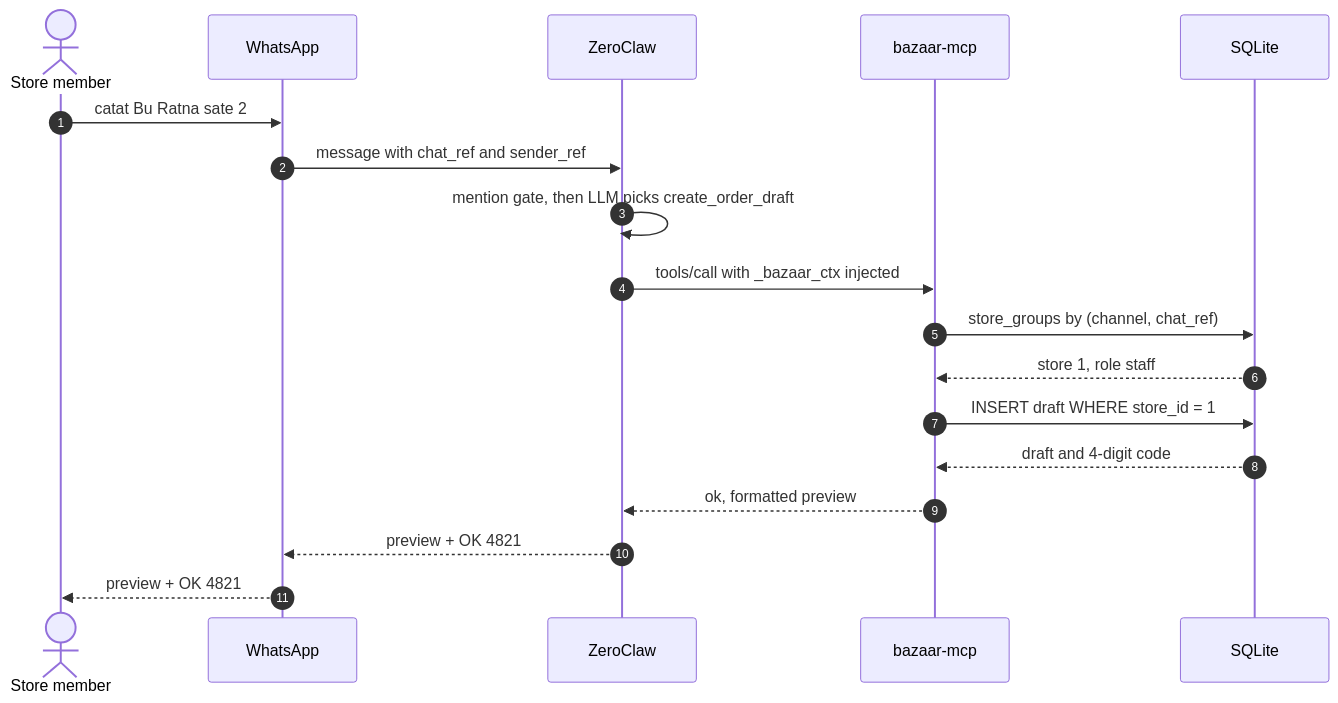
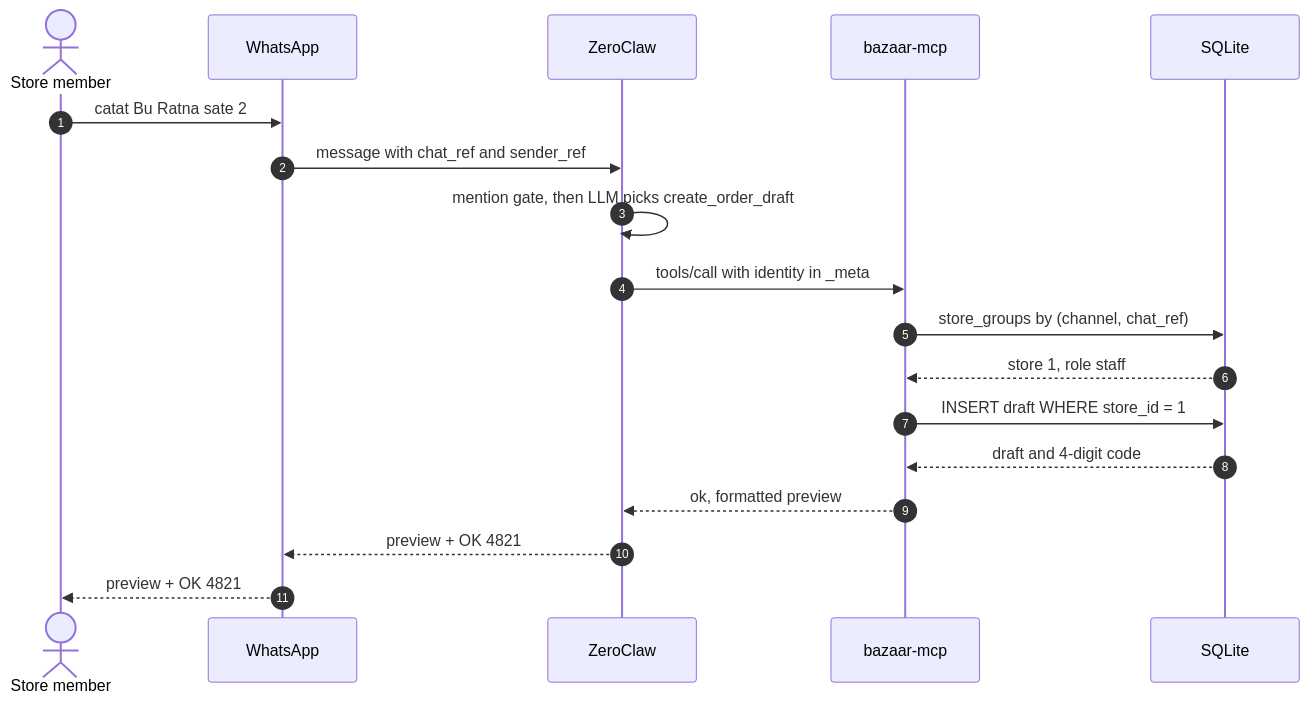
Before and after one commit to danielistyo/mini-bazaar: the third of 3 diagrams in docs/architecture.md, drawn with Mermaid. The commit also changed other lines of this file and 10 other files, not shown here.

First line of the commit message:
feat(mcp): resolve the store from injected context and gate tools by role

````diff
--- a/docs/architecture.md
+++ b/docs/architecture.md
@@ -93,21 +93,21 @@
 ```mermaid
 sequenceDiagram
     autonumber
     actor M as Store member
     participant WA as WhatsApp
     participant ZC as ZeroClaw
     participant BE as bazaar-mcp
     participant DB as SQLite
 
     M->>WA: catat Bu Ratna sate 2
     WA->>ZC: message with chat_ref and sender_ref
     ZC->>ZC: mention gate, then LLM picks create_order_draft
-    ZC->>BE: tools/call with _bazaar_ctx injected
+    ZC->>BE: tools/call with identity in _meta
     BE->>DB: store_groups by (channel, chat_ref)
     DB-->>BE: store 1, role staff
     BE->>DB: INSERT draft WHERE store_id = 1
     DB-->>BE: draft and 4-digit code
     BE-->>ZC: ok, formatted preview
     ZC-->>WA: preview + OK 4821
     WA-->>M: preview + OK 4821
 ```
````
